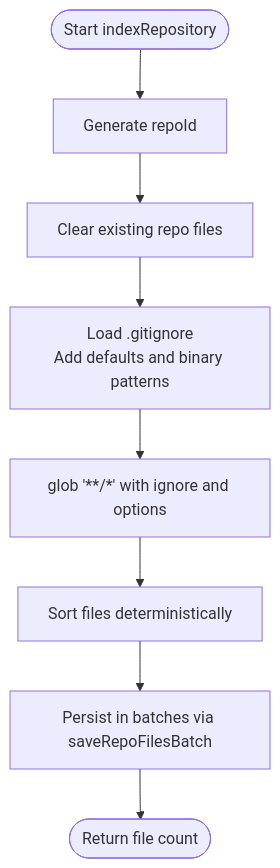
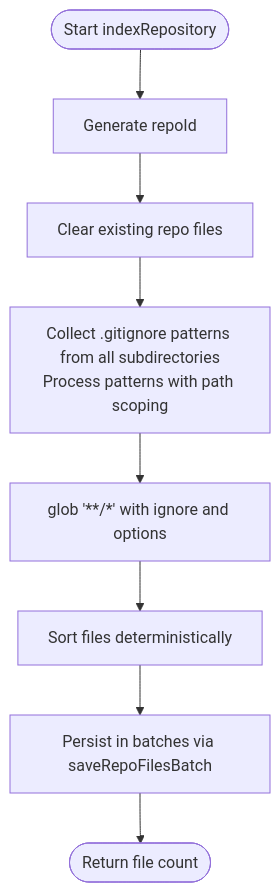
The third of 10 diagrams in .qoder/repowiki/en/content/Indexing and Search System/Repository Indexing and Monitoring.md (bramburn/repomix-runner), drawn with Mermaid before and after one commit. The commit also changed other lines of this file and 41 other files, not shown here.

````diff
--- a/.qoder/repowiki/en/content/Indexing and Search System/Repository Indexing and Monitoring.md
+++ b/.qoder/repowiki/en/content/Indexing and Search System/Repository Indexing and Monitoring.md
@@ -204,10 +223,10 @@
 ```mermaid
 flowchart TD
 Start(["Start indexRepository"]) --> GenRepoId["Generate repoId"]
 GenRepoId --> Clear["Clear existing repo files"]
-Clear --> BuildPatterns["Load .gitignore<br/>Add defaults and binary patterns"]
+Clear --> BuildPatterns["Collect .gitignore patterns from all subdirectories<br/>Process patterns with path scoping"]
 BuildPatterns --> Glob["glob '**/*' with ignore and options"]
 Glob --> Sort["Sort files deterministically"]
 Sort --> Save["Persist in batches via saveRepoFilesBatch"]
 Save --> End(["Return file count"])
 ```
````
